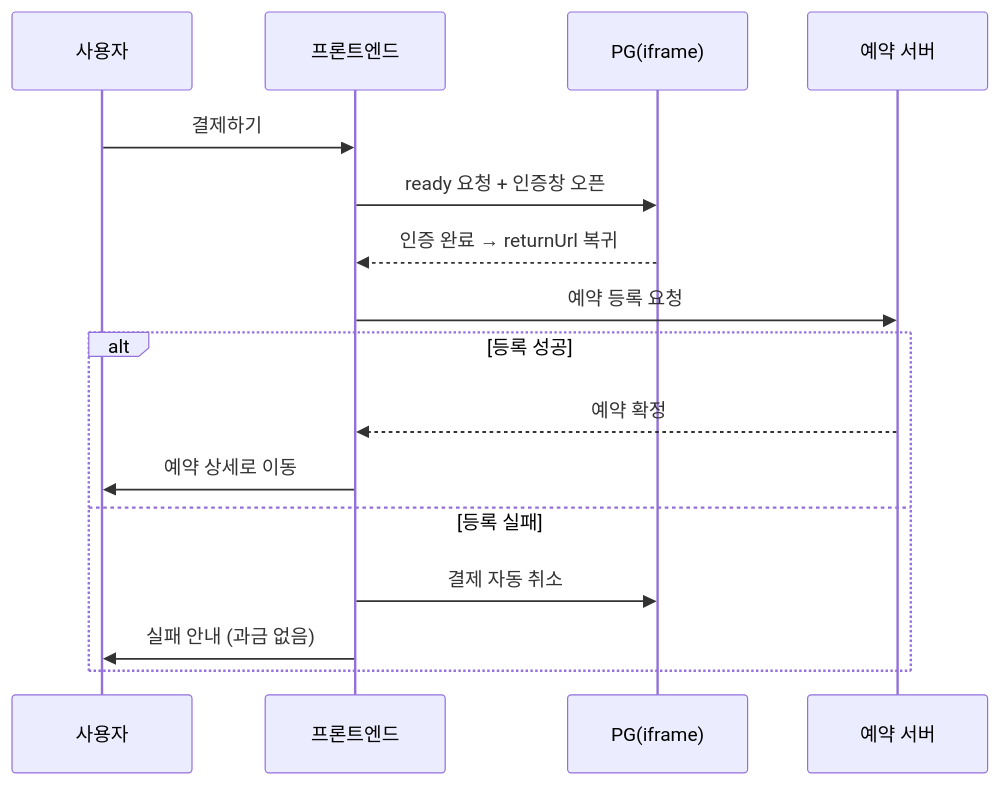
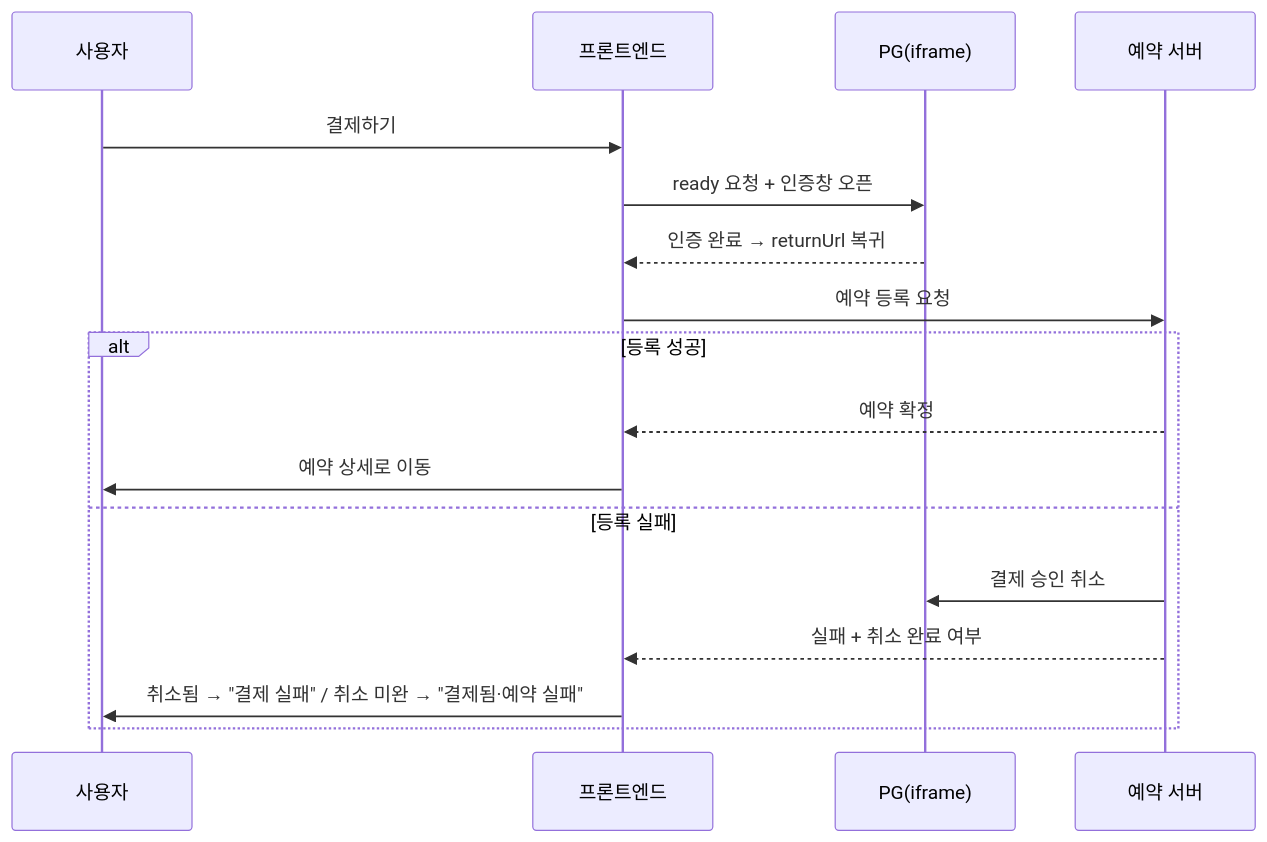
One commit to yyoujg/arilog.dev changed the diagram in content/posts/payment-booking-consistency.mdx. Above: the diagram before and after it, drawn with Mermaid. The commit also changed other lines of this file and 7 other files, not shown here.

````diff
--- a/content/posts/payment-booking-consistency.mdx
+++ b/content/posts/payment-booking-consistency.mdx
@@ -31,19 +40,20 @@
 ```mermaid
 sequenceDiagram
     participant U as 사용자
     participant FE as 프론트엔드
     participant PG as PG(iframe)
     participant API as 예약 서버
 
     U->>FE: 결제하기
     FE->>PG: ready 요청 + 인증창 오픈
     PG-->>FE: 인증 완료 → returnUrl 복귀
     FE->>API: 예약 등록 요청
     alt 등록 성공
         API-->>FE: 예약 확정
         FE->>U: 예약 상세로 이동
     else 등록 실패
-        FE->>PG: 결제 자동 취소
-        FE->>U: 실패 안내 (과금 없음)
+        API->>PG: 결제 승인 취소
+        API-->>FE: 실패 + 취소 완료 여부
+        FE->>U: 취소됨 → "결제 실패" / 취소 미완 → "결제됨·예약 실패"
     end
 ```
````
